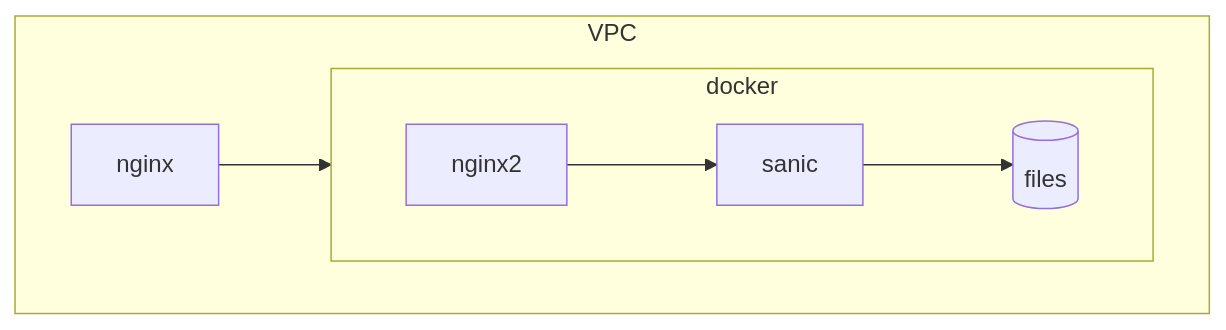
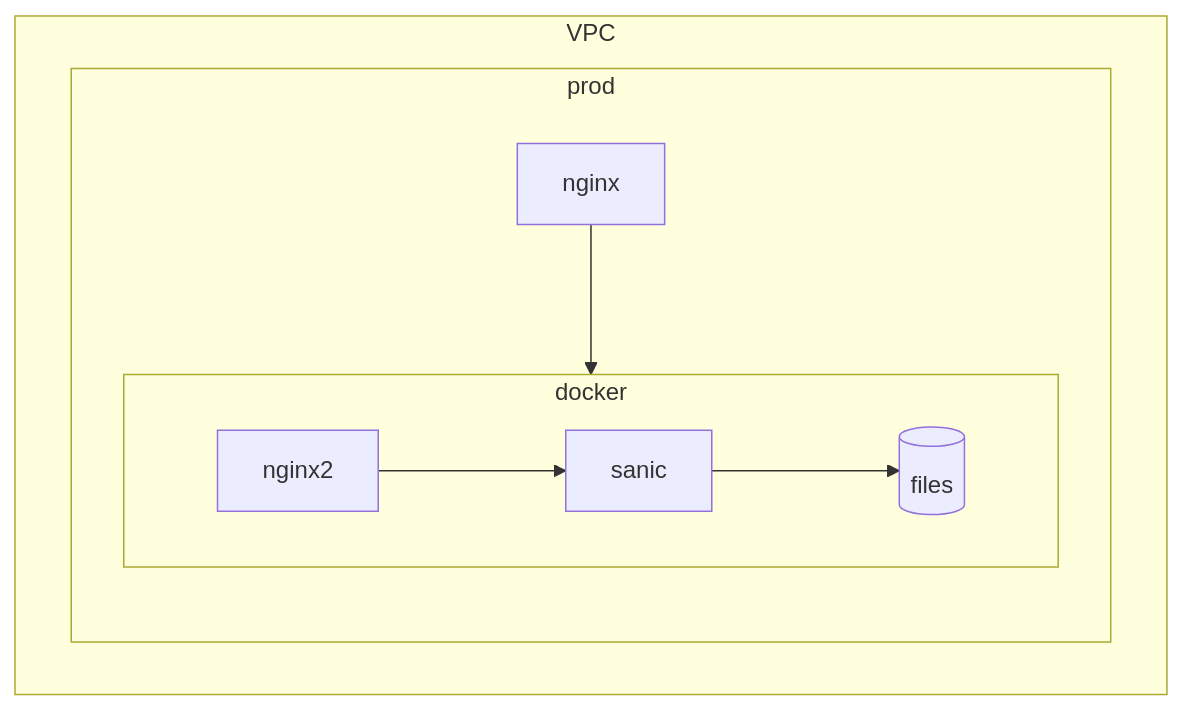
One commit to smucclaw/gsheet changed the first of 2 diagrams in natural4-server/natural4_server/nginx-lb.md. Above: the diagram before and after it, drawn with Mermaid. The commit also changed other lines of this file, not shown here.

Commit message:
Add hosts to diagrams

````diff
--- a/natural4-server/natural4_server/nginx-lb.md
+++ b/natural4-server/natural4_server/nginx-lb.md
@@ -10,10 +10,13 @@
 ```mermaid
 flowchart TB
     subgraph VPC
-    nginx-->docker
-    end
-    subgraph docker
-    nginx2-->sanic
-    sanic-->id1[(files)]
+        subgraph prod
+            nginx-->docker
+            subgraph docker
+                direction LR
+                nginx2-->sanic
+                sanic-->id1[(files)]
+            end
+        end
     end
 ```
````
